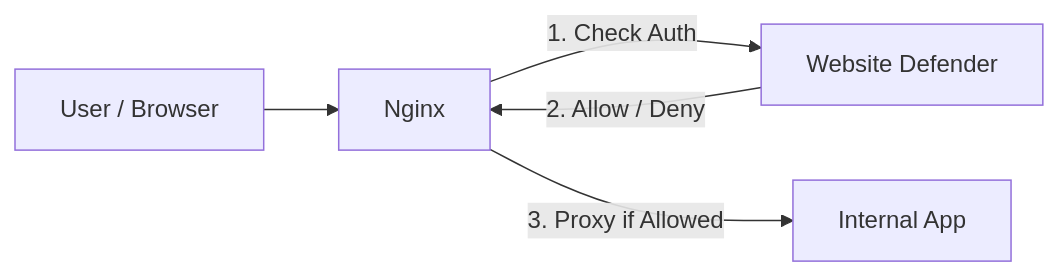
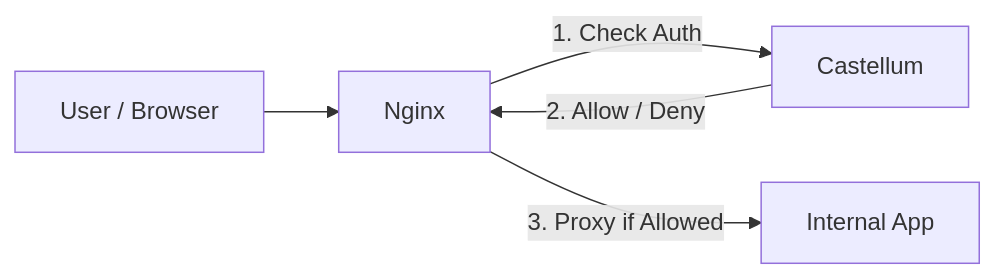
One commit to Flmelody/open-website-defender changed the first of 2 diagrams in docs/architecture/index.en.md. Above: the diagram before and after it, drawn with Mermaid. The commit also changed other lines of this file and 158 other files, not shown here.

````diff
--- a/docs/architecture/index.en.md
+++ b/docs/architecture/index.en.md
@@ -9,7 +9,7 @@
 ```mermaid
 graph LR
     User[User / Browser] --> Nginx
-    Nginx -->|1. Check Auth| Defender[Website Defender]
-    Defender -->|2. Allow / Deny| Nginx
+    Nginx -->|1. Check Auth| Castellum[Castellum]
+    Castellum -->|2. Allow / Deny| Nginx
     Nginx -->|3. Proxy if Allowed| App[Internal App]
 ```
````
